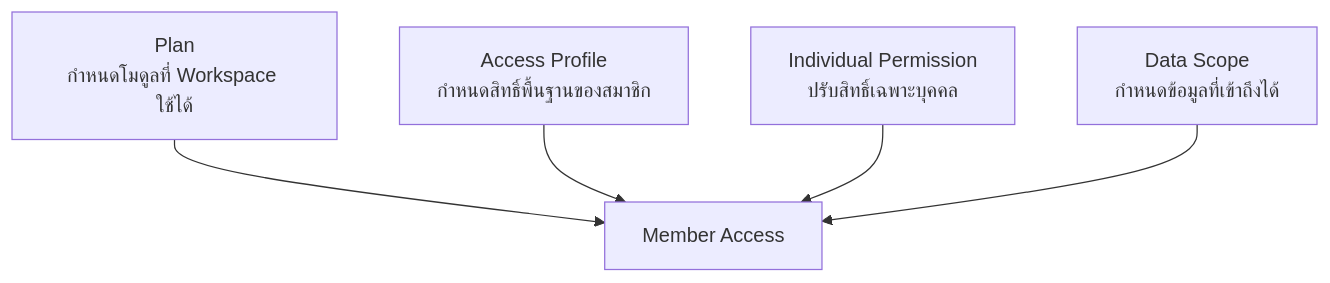
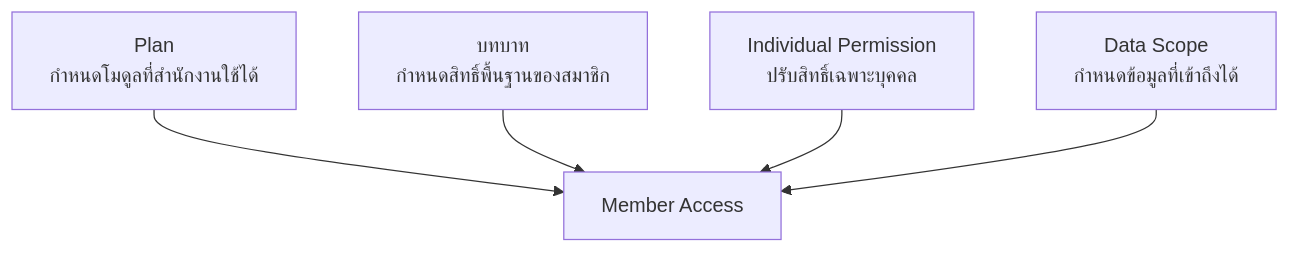
The first of 2 diagrams in docs/app/docs/roles/page.mdx (yukasung/mattersolv_docs), drawn with Mermaid before and after one commit. The commit also changed other lines of this file and 4 other files, not shown here.

````diff
--- a/docs/app/docs/roles/page.mdx
+++ b/docs/app/docs/roles/page.mdx
@@ -10,13 +18,13 @@
 ```mermaid
 flowchart TB
-  Plan["Plan<br/>กำหนดโมดูลที่ Workspace ใช้ได้"]
-  Profile["Access Profile<br/>กำหนดสิทธิ์พื้นฐานของสมาชิก"]
+  Plan["Plan<br/>กำหนดโมดูลที่สำนักงานใช้ได้"]
+  Profile["บทบาท<br/>กำหนดสิทธิ์พื้นฐานของสมาชิก"]
   Permission["Individual Permission<br/>ปรับสิทธิ์เฉพาะบุคคล"]
   Scope["Data Scope<br/>กำหนดข้อมูลที่เข้าถึงได้"]
   Access["Member Access"]
 
   Plan --> Access
   Profile --> Access
   Permission --> Access
   Scope --> Access
 ```
````
